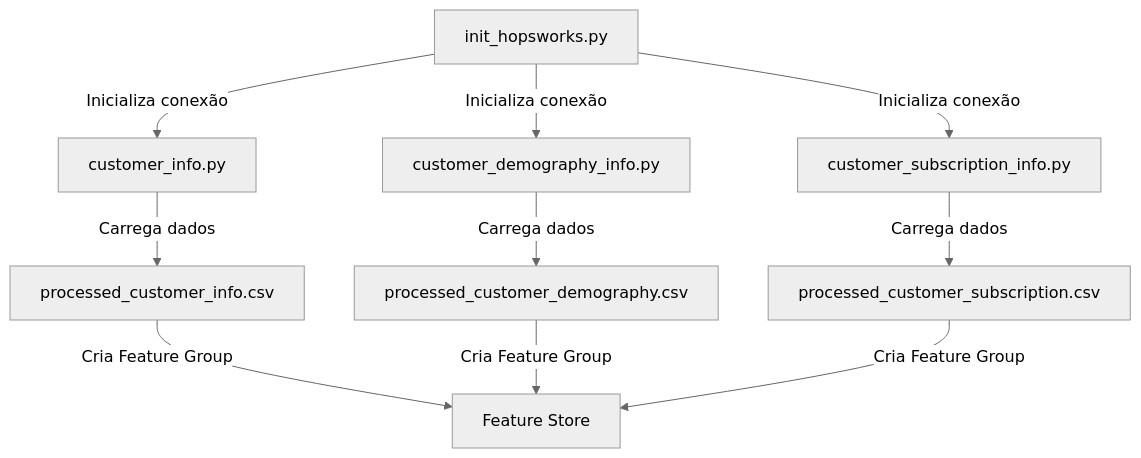
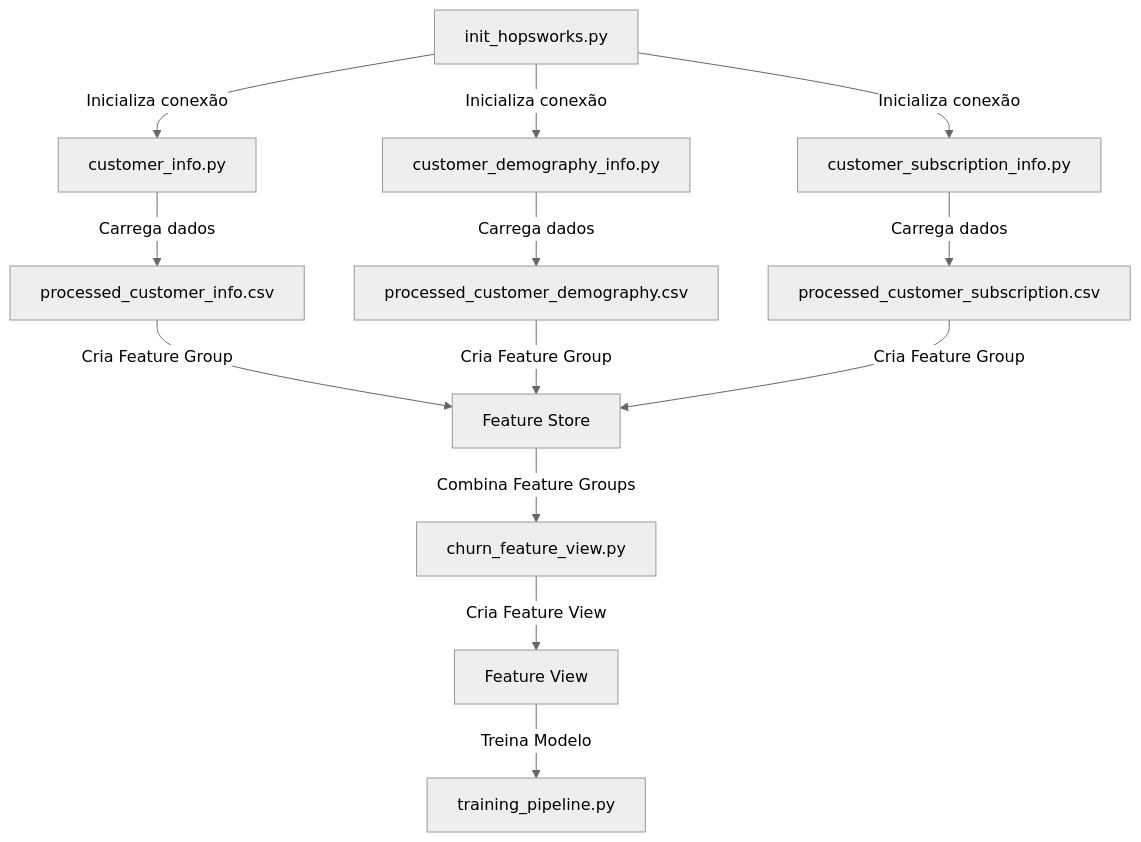
Before and after one commit to hgamaf/Hopsworks_featurestore: the diagram in README.md, drawn with Mermaid (neutral theme). The commit also changed other lines of this file and 3 other files, not shown here.

Commit message:
feature view criada

````diff
--- a/README.md
+++ b/README.md
@@ -68,14 +74,18 @@
 ```mermaid
 graph TB
     A[init_hopsworks.py] -->|Inicializa conexão| B[customer_info.py]
     B -->|Carrega dados| C[processed_customer_info.csv]
     C -->|Cria Feature Group| D[Feature Store]
     
     A -->|Inicializa conexão| E[customer_demography_info.py]
     E -->|Carrega dados| F[processed_customer_demography.csv]
     F -->|Cria Feature Group| D
     
     A -->|Inicializa conexão| G[customer_subscription_info.py]
     G -->|Carrega dados| H[processed_customer_subscription.csv]
     H -->|Cria Feature Group| D
+    
+    D -->|Combina Feature Groups| I[churn_feature_view.py]
+    I -->|Cria Feature View| J[Feature View]
+    J -->|Treina Modelo| K[training_pipeline.py]
 ```
````
